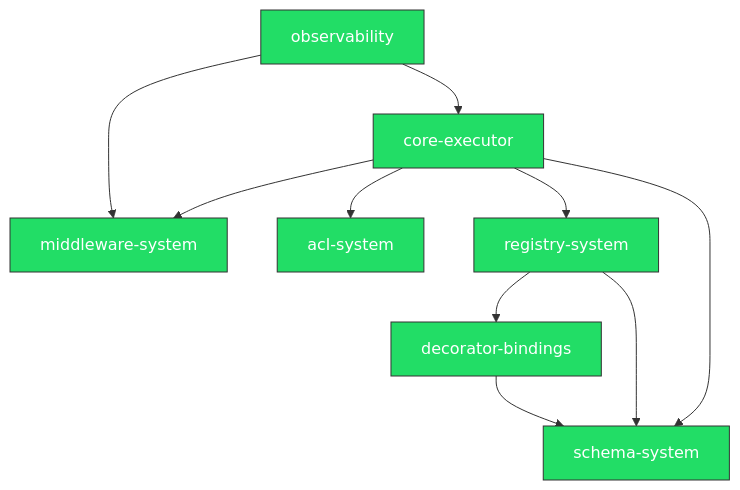
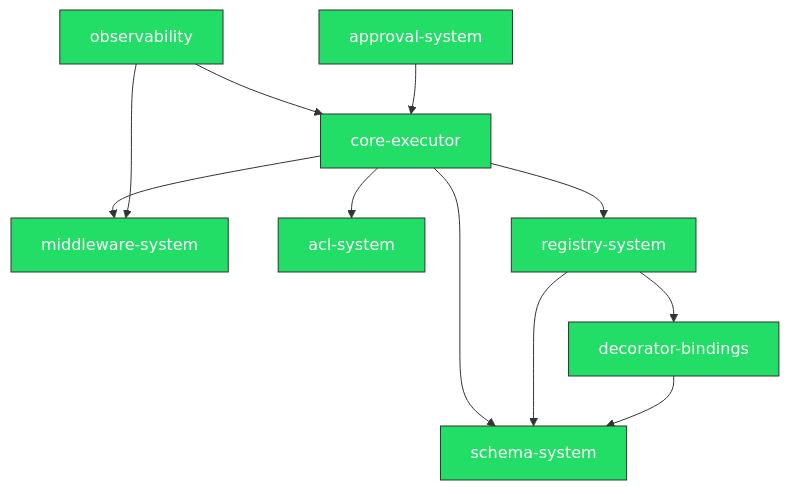
The diagram in planning/overview.md (aipartnerup/apcore-typescript), drawn with Mermaid before and after one commit. The commit also changed other lines of this file and 21 other files, not shown here.

Commit message:
feat: Implement a new approval system including handler interfaces, executor integration, dedicated error types, and an extension point.

````diff
--- a/planning/overview.md
+++ b/planning/overview.md
@@ -29,20 +30,22 @@
 ```mermaid
 graph TD
     CE[core-executor] --> SS[schema-system]
     CE --> MS[middleware-system]
     CE --> ACL[acl-system]
     CE --> RS[registry-system]
     RS --> SS
     RS --> DB[decorator-bindings]
     DB --> SS
     OBS[observability] --> MS
     OBS --> CE
+    APP[approval-system] --> CE
 
     style CE fill:#2d6,stroke:#333,color:#fff
     style SS fill:#2d6,stroke:#333,color:#fff
     style RS fill:#2d6,stroke:#333,color:#fff
     style MS fill:#2d6,stroke:#333,color:#fff
     style ACL fill:#2d6,stroke:#333,color:#fff
     style OBS fill:#2d6,stroke:#333,color:#fff
     style DB fill:#2d6,stroke:#333,color:#fff
+    style APP fill:#2d6,stroke:#333,color:#fff
 ```
````
